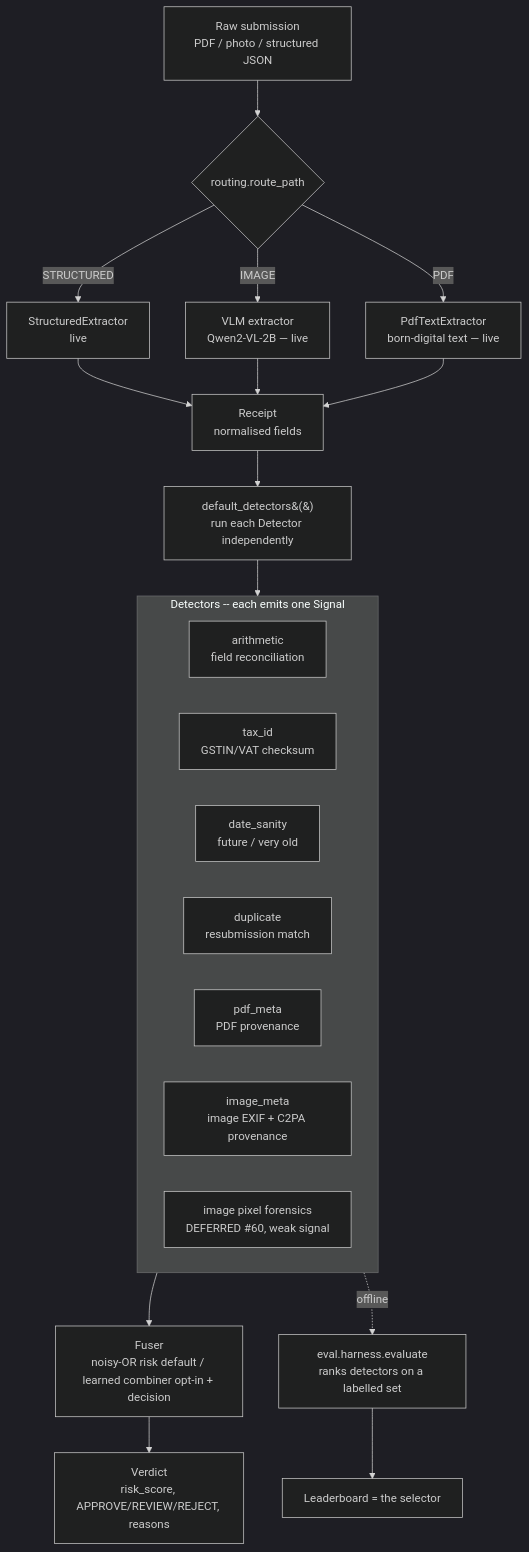
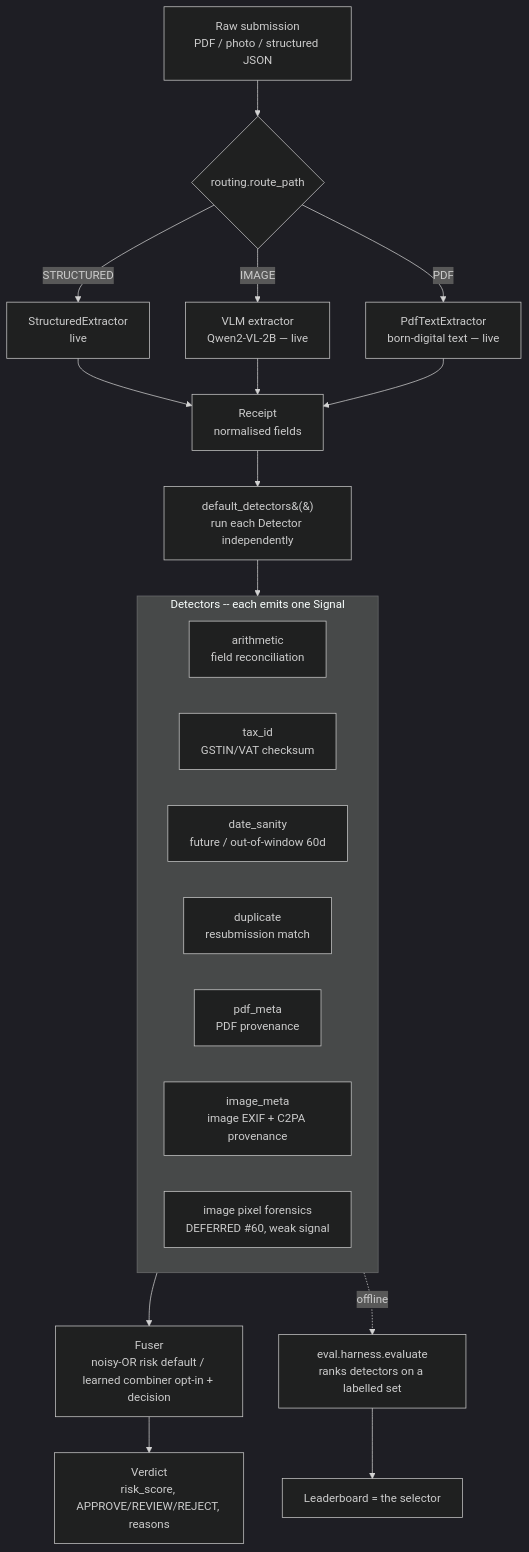
One commit to Akshat-Dhiraaj/reimbursement changed the diagram in ARCHITECTURE.md. Above: the diagram before and after it, drawn with Mermaid (dark theme). The commit also changed other lines of this file and 39 other files, not shown here.

````diff
--- a/ARCHITECTURE.md
+++ b/ARCHITECTURE.md
@@ -12,29 +12,29 @@
 ```mermaid
 flowchart TD
     A[Raw submission<br/>PDF / photo / structured JSON] --> R{routing.route_path}
     R -->|PDF| XP[PdfTextExtractor<br/>born-digital text — live]
     R -->|IMAGE| XV[VLM extractor<br/>Qwen2-VL-2B — live]
     R -->|STRUCTURED| SE[StructuredExtractor<br/>live]
     SE --> RC[Receipt<br/>normalised fields]
     XV --> RC
     XP --> RC
 
     RC --> D[default_detectors&#40;&#41;<br/>run each Detector independently]
 
     subgraph DET[Detectors -- each emits one Signal]
       D1[arithmetic<br/>field reconciliation]
       D2[tax_id<br/>GSTIN/VAT checksum]
-      D3[date_sanity<br/>future / very old]
+      D3[date_sanity<br/>future / out-of-window 60d]
       D4[duplicate<br/>resubmission match]
       D5[pdf_meta<br/>PDF provenance]
       D6[image_meta<br/>image EXIF + C2PA provenance]
       D7[image pixel forensics<br/>DEFERRED #60, weak signal]
     end
     D --> DET
 
     DET --> F[Fuser<br/>noisy-OR risk default / learned combiner opt-in + decision]
     F --> V[Verdict<br/>risk_score, APPROVE/REVIEW/REJECT, reasons]
 
     DET -. offline .-> H[eval.harness.evaluate<br/>ranks detectors on a labelled set]
     H --> SEL[Leaderboard = the selector]
 ```
````
